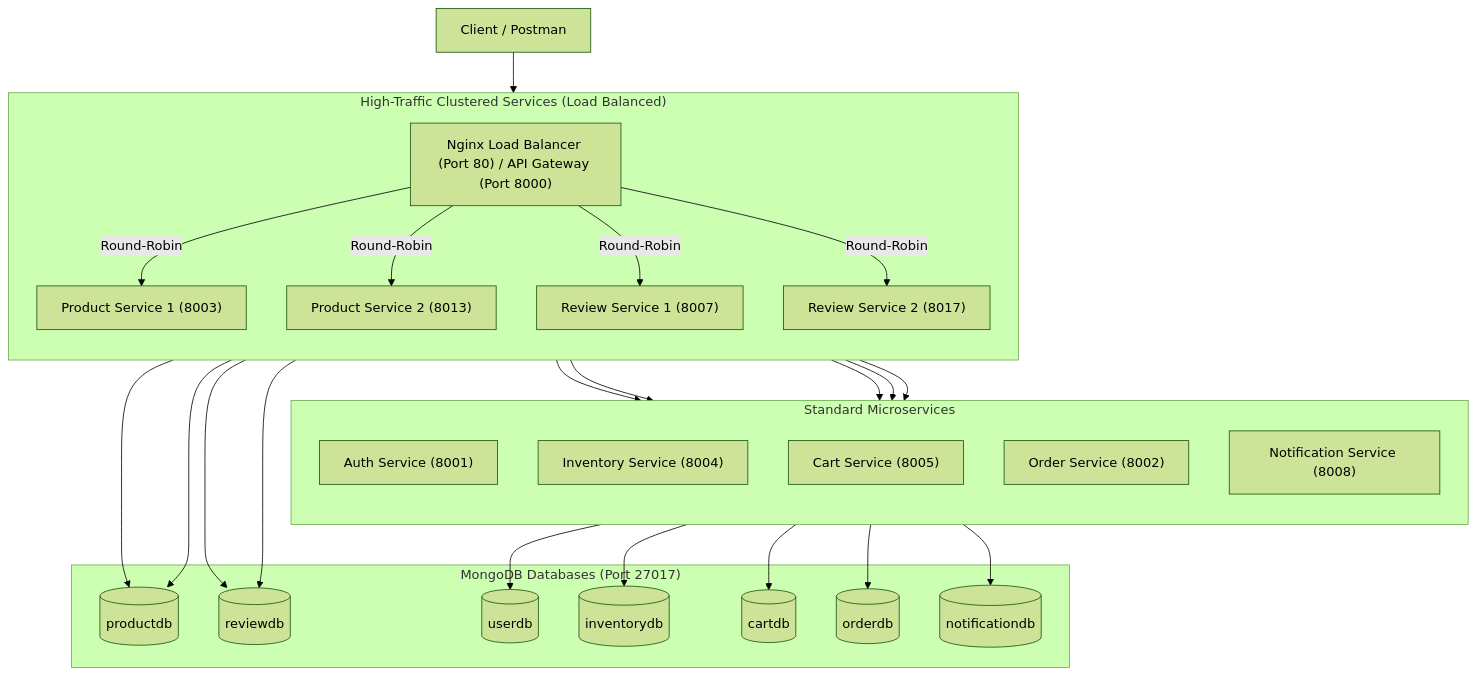
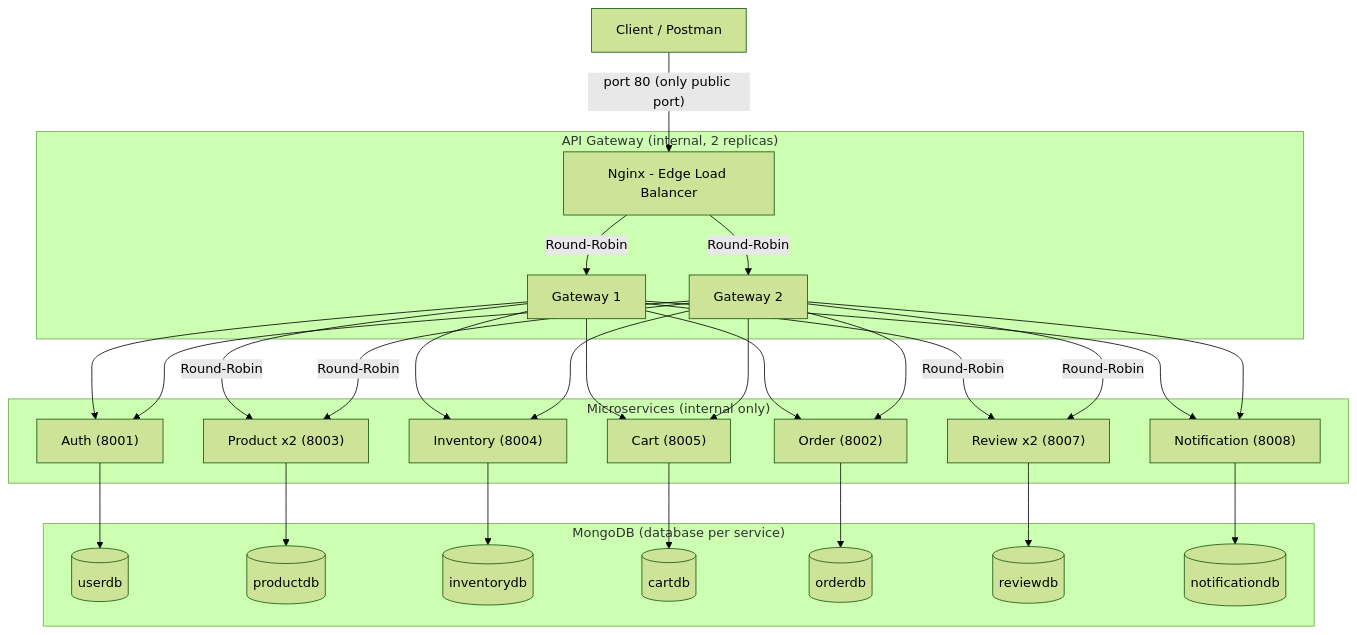
Before and after one commit to SaruonSopheakdey/ecommerce-project: the diagram in README.md, drawn with Mermaid (forest theme). The commit also changed other lines of this file and 37 other files, not shown here.

First line of the commit message:
refactor: centralize auth in gateway & support multi-ec2

````diff
--- a/README.md
+++ b/README.md
@@ -12,31 +44,29 @@
 ```mermaid
 flowchart TD
-    Client["Client / Postman"] --> LB["Nginx Load Balancer (Port 80) / API Gateway (Port 8000)"]
+    Client["Client / Postman"] -->|"port 80 (only public port)"| NG["Nginx - Edge Load Balancer"]
 
-    subgraph HighTraffic ["High-Traffic Clustered Services (Load Balanced)"]
-        direction TB
-        LB -->|Round-Robin| PC1["Product Service 1 (8003)"]
-        LB -->|Round-Robin| PC2["Product Service 2 (8013)"]
-        LB -->|Round-Robin| RS1["Review Service 1 (8007)"]
-        LB -->|Round-Robin| RS2["Review Service 2 (8017)"]
+    subgraph GW ["API Gateway (internal, 2 replicas)"]
+        NG -->|Round-Robin| G1["Gateway 1"]
+        NG -->|Round-Robin| G2["Gateway 2"]
     end
 
-    subgraph StandardServices ["Standard Microservices"]
-        direction TB
-        LB --> AS["Auth Service (8001)"]
-        LB --> IS["Inventory Service (8004)"]
-        LB --> CS["Cart Service (8005)"]
-        LB --> OS["Order Service (8002)"]
-        LB --> NS["Notification Service (8008)"]
+    subgraph SVC ["Microservices (internal only)"]
+        G1 & G2 --> AS["Auth (8001)"]
+        G1 & G2 -->|Round-Robin| PC["Product x2 (8003)"]
+        G1 & G2 --> IS["Inventory (8004)"]
+        G1 & G2 --> CS["Cart (8005)"]
+        G1 & G2 --> OS["Order (8002)"]
+        G1 & G2 -->|Round-Robin| RS["Review x2 (8007)"]
+        G1 & G2 --> NS["Notification (8008)"]
     end
 
-    subgraph Database ["MongoDB Databases (Port 27017)"]
-        PC1 & PC2 --> DB_P[("productdb")]
-        RS1 & RS2 --> DB_R[("reviewdb")]
+    subgraph DB ["MongoDB (database per service)"]
         AS --> DB_A[("userdb")]
+        PC --> DB_P[("productdb")]
         IS --> DB_I[("inventorydb")]
         CS --> DB_C[("cartdb")]
         OS --> DB_O[("orderdb")]
+        RS --> DB_R[("reviewdb")]
         NS --> DB_N[("notificationdb")]
     end
 ```
````
